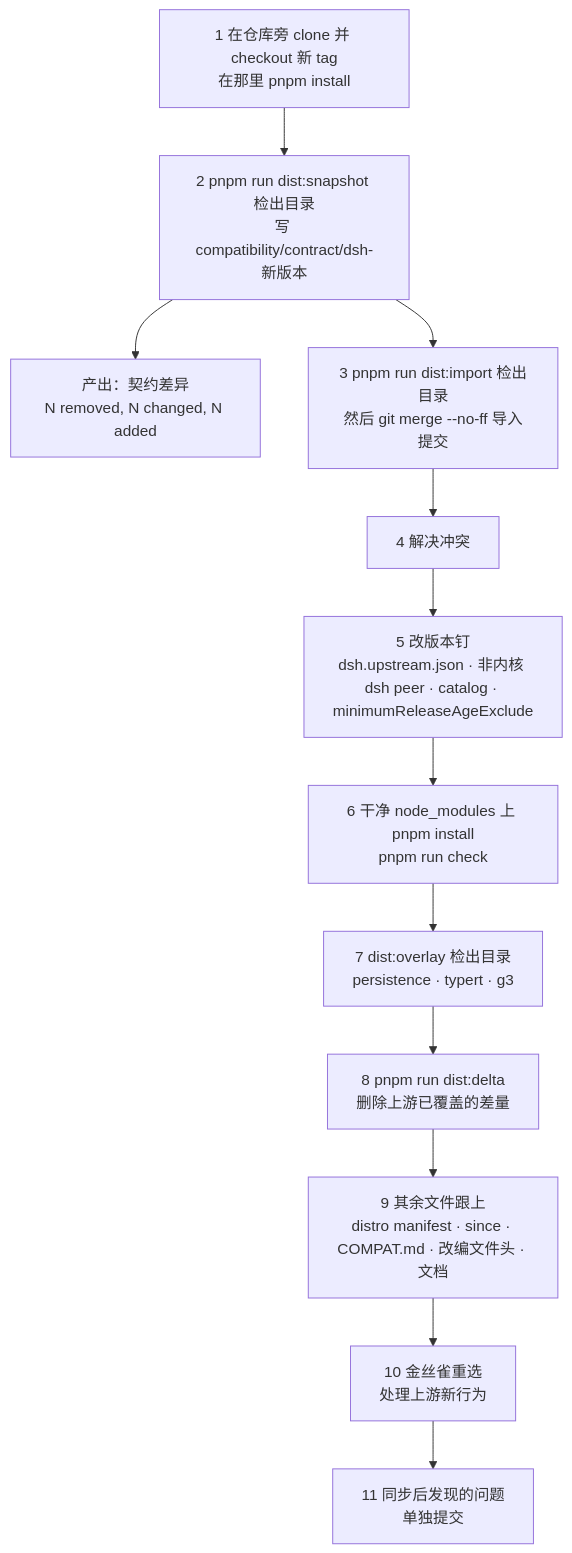
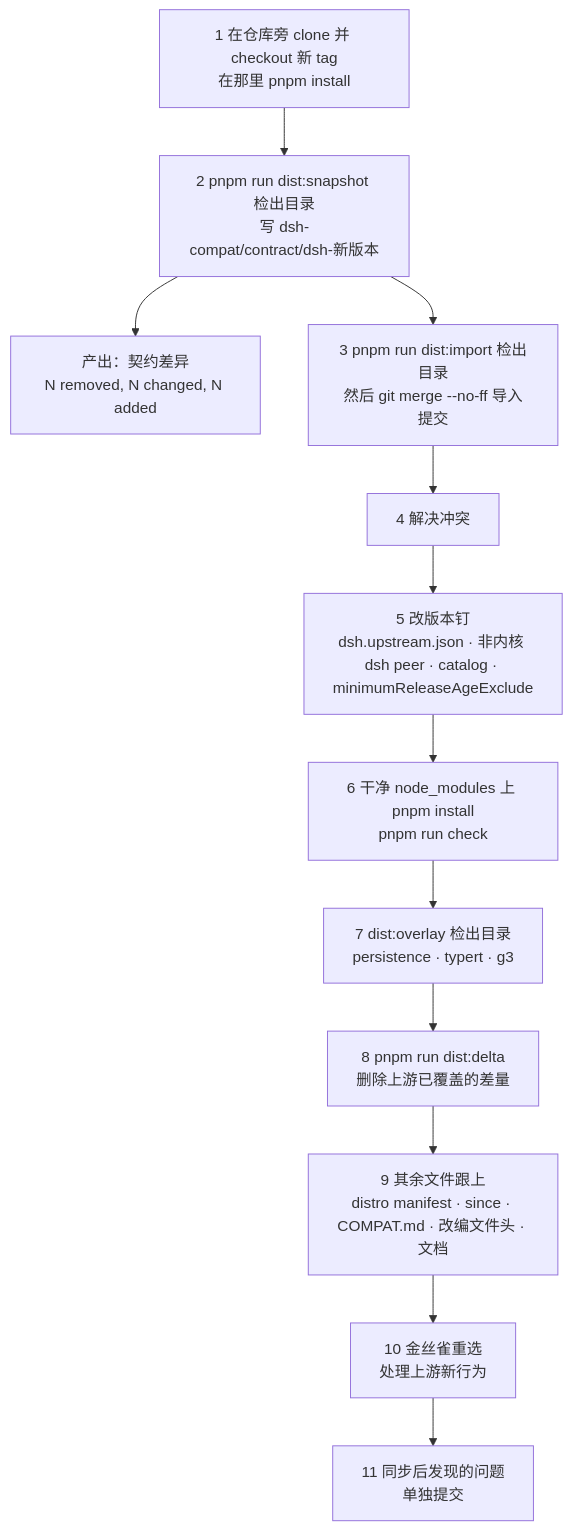
Before and after one commit to lyteboat/boat: the fourth of 13 diagrams in docs/02-distribution.md, drawn with Mermaid. The commit also changed other lines of this file and 44 other files, not shown here.

First line of the commit message:
chore: dsh-compat — the compatibility folder names what it is compatible with

````diff
--- a/docs/02-distribution.md
+++ b/docs/02-distribution.md
@@ -401,14 +401,14 @@
 ```mermaid
 flowchart TB
-  S1["1 在仓库旁 clone 并 checkout 新 tag<br/>在那里 pnpm install"] --> S2["2 pnpm run dist:snapshot 检出目录<br/>写 compatibility/contract/dsh-新版本"]
+  S1["1 在仓库旁 clone 并 checkout 新 tag<br/>在那里 pnpm install"] --> S2["2 pnpm run dist:snapshot 检出目录<br/>写 dsh-compat/contract/dsh-新版本"]
   S2 --> R1["产出：契约差异<br/>N removed, N changed, N added"]
   S2 --> S3["3 pnpm run dist:import 检出目录<br/>然后 git merge --no-ff 导入提交"]
   S3 --> S4["4 解决冲突"]
   S4 --> S5["5 改版本钉<br/>dsh.upstream.json · 非内核 dsh peer · catalog · minimumReleaseAgeExclude"]
   S5 --> S6["6 干净 node_modules 上 pnpm install<br/>pnpm run check"]
   S6 --> S7["7 dist:overlay 检出目录<br/>persistence · typert · g3"]
   S7 --> S8["8 pnpm run dist:delta<br/>删除上游已覆盖的差量"]
   S8 --> S9["9 其余文件跟上<br/>distro manifest · since · COMPAT.md · 改编文件头 · 文档"]
   S9 --> S10["10 金丝雀重选<br/>处理上游新行为"]
   S10 --> S11["11 同步后发现的问题<br/>单独提交"]
 ```
````
